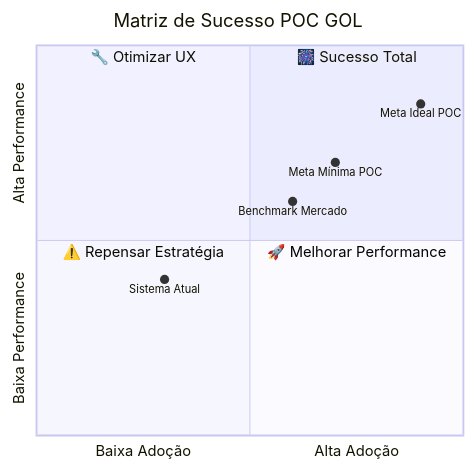
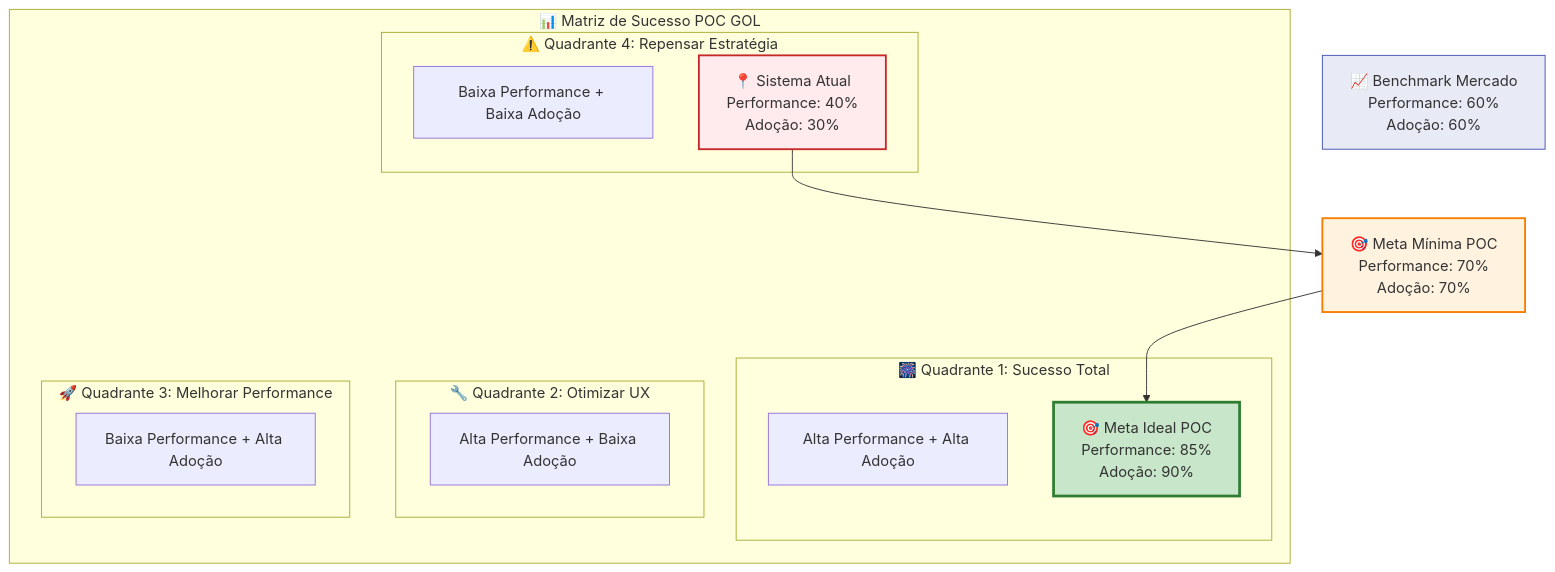
Before and after one commit to alest-github/Gol-Zoom-Poc: diagram 11 of 16 in Gol+Zoom/diagramas/Versoes-Executivas-POC-GOL.md, drawn with Mermaid. The commit also changed other lines of this file and 1 other file, not shown here.

First line of the commit message:
fix: Correções finais documentação POC GOL + Zoom

````diff
--- a/Gol+Zoom/diagramas/Versoes-Executivas-POC-GOL.md
+++ b/Gol+Zoom/diagramas/Versoes-Executivas-POC-GOL.md
@@ -348,16 +368,33 @@
 ```mermaid
-quadrantChart
-    title Matriz de Sucesso POC GOL
-    x-axis Baixa Adoção --> Alta Adoção
-    y-axis Baixa Performance --> Alta Performance
+graph TD
+    subgraph "📊 Matriz de Sucesso POC GOL"
+        subgraph "🎆 Quadrante 1: Sucesso Total"
+            Q1[Alta Performance + Alta Adoção]
+            META_IDEAL["🎯 Meta Ideal POC<br/>Performance: 85%<br/>Adoção: 90%"]
+        end
+        
+        subgraph "🔧 Quadrante 2: Otimizar UX"
+            Q2[Alta Performance + Baixa Adoção]
+        end
+        
+        subgraph "🚀 Quadrante 3: Melhorar Performance"
+            Q3[Baixa Performance + Alta Adoção]
+        end
+        
+        subgraph "⚠️ Quadrante 4: Repensar Estratégia"
+            Q4[Baixa Performance + Baixa Adoção]
+            ATUAL["📍 Sistema Atual<br/>Performance: 40%<br/>Adoção: 30%"]
+        end
+    end
     
-    quadrant-1 🎆 Sucesso Total
-    quadrant-2 🔧 Otimizar UX
-    quadrant-3 ⚠️ Repensar Estratégia
-    quadrant-4 🚀 Melhorar Performance
+    META_MIN["🎯 Meta Mínima POC<br/>Performance: 70%<br/>Adoção: 70%"]
+    BENCHMARK["📈 Benchmark Mercado<br/>Performance: 60%<br/>Adoção: 60%"]
     
-    Sistema Atual: [0.3, 0.4]
-    Meta Mínima POC: [0.7, 0.7]
-    Meta Ideal POC: [0.9, 0.85]
-    Benchmark Mercado: [0.6, 0.6]
+    ATUAL --> META_MIN
+    META_MIN --> META_IDEAL
+    
+    style META_IDEAL fill:#c8e6c9,stroke:#2e7d32,stroke-width:3px
+    style META_MIN fill:#fff3e0,stroke:#f57c00,stroke-width:2px
+    style ATUAL fill:#ffebee,stroke:#c62828,stroke-width:2px
+    style BENCHMARK fill:#e8eaf6,stroke:#3f51b5,stroke-width:1px
 ```
````
